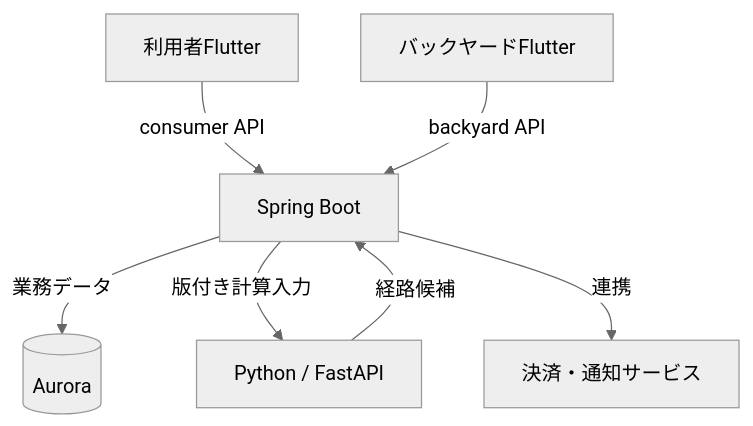
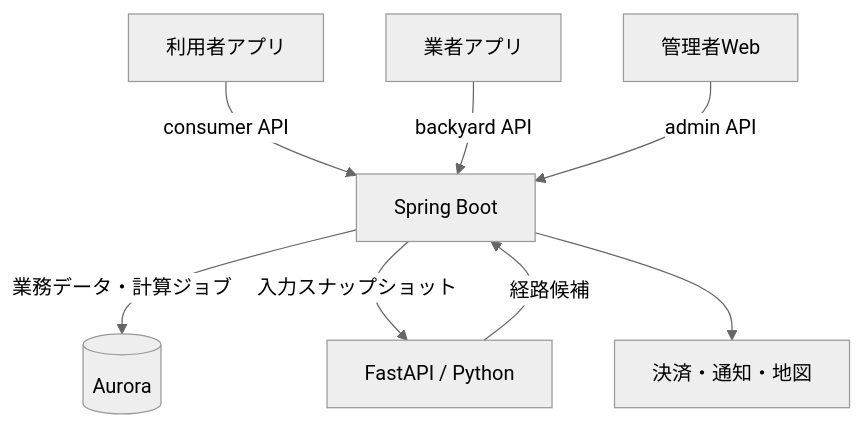
Before and after one commit to ShuzoShinagawa1102/recycle-gang: the diagram in doc/architecture/system-overview.md, drawn with Mermaid (neutral theme). The commit also changed other lines of this file and 27 other files, not shown here.

Commit message:
docs: define reviewed AWS architecture, admin UI and optimizer API

````diff
--- a/doc/architecture/system-overview.md
+++ b/doc/architecture/system-overview.md
@@ -15,9 +11,10 @@
 ```mermaid
 flowchart TD
-  U[利用者Flutter] -->|consumer API| B[Spring Boot]
-  Y[バックヤードFlutter] -->|backyard API| B
-  B -->|業務データ| D[(Aurora)]
-  B -->|版付き計算入力| O[Python / FastAPI]
+  U[利用者アプリ] -->|consumer API| B[Spring Boot]
+  Y[業者アプリ] -->|backyard API| B
+  A[管理者Web] -->|admin API| B
+  B -->|業務データ・計算ジョブ| D[(Aurora)]
+  B -->|入力スナップショット| O[FastAPI / Python]
   O -->|経路候補| B
-  B -->|連携| X[決済・通知サービス]
+  B --> X[決済・通知・地図]
 ```
````
